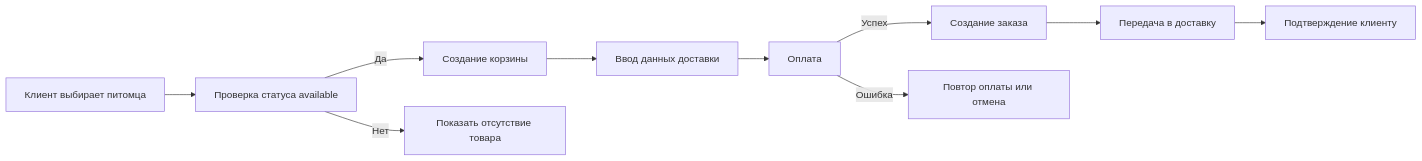
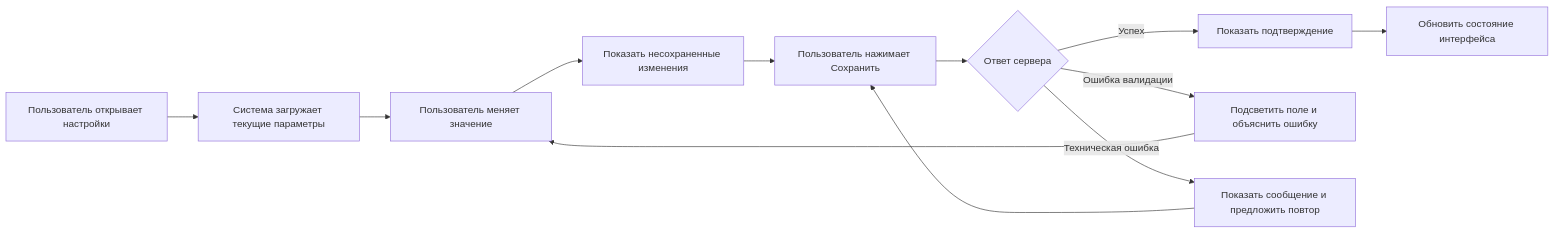
Before and after one commit to thankfulfor/petstore-api-docs: the diagram in content/scenario-order.md, drawn with Mermaid. The commit also changed other lines of this file, not shown here.

````diff
--- a/content/scenario-order.md
+++ b/content/scenario-order.md
@@ -9,12 +9,14 @@
 ```mermaid
 flowchart LR
-  A[Клиент выбирает питомца] --> B[Проверка статуса available]
-  B -->|Да| C[Создание корзины]
-  B -->|Нет| X[Показать отсутствие товара]
-  C --> D[Ввод данных доставки]
-  D --> E[Оплата]
-  E -->|Успех| F[Создание заказа]
-  E -->|Ошибка| Y[Повтор оплаты или отмена]
-  F --> G[Передача в доставку]
-  G --> H[Подтверждение клиенту]
+  A[Пользователь открывает настройки] --> B[Система загружает текущие параметры]
+  B --> C[Пользователь меняет значение]
+  C --> D[Показать несохраненные изменения]
+  D --> E[Пользователь нажимает Сохранить]
+  E --> F{Ответ сервера}
+  F -->|Успех| G[Показать подтверждение]
+  F -->|Ошибка валидации| H[Подсветить поле и объяснить ошибку]
+  F -->|Техническая ошибка| I[Показать сообщение и предложить повтор]
+  G --> J[Обновить состояние интерфейса]
+  H --> C
+  I --> E
 ```
````
